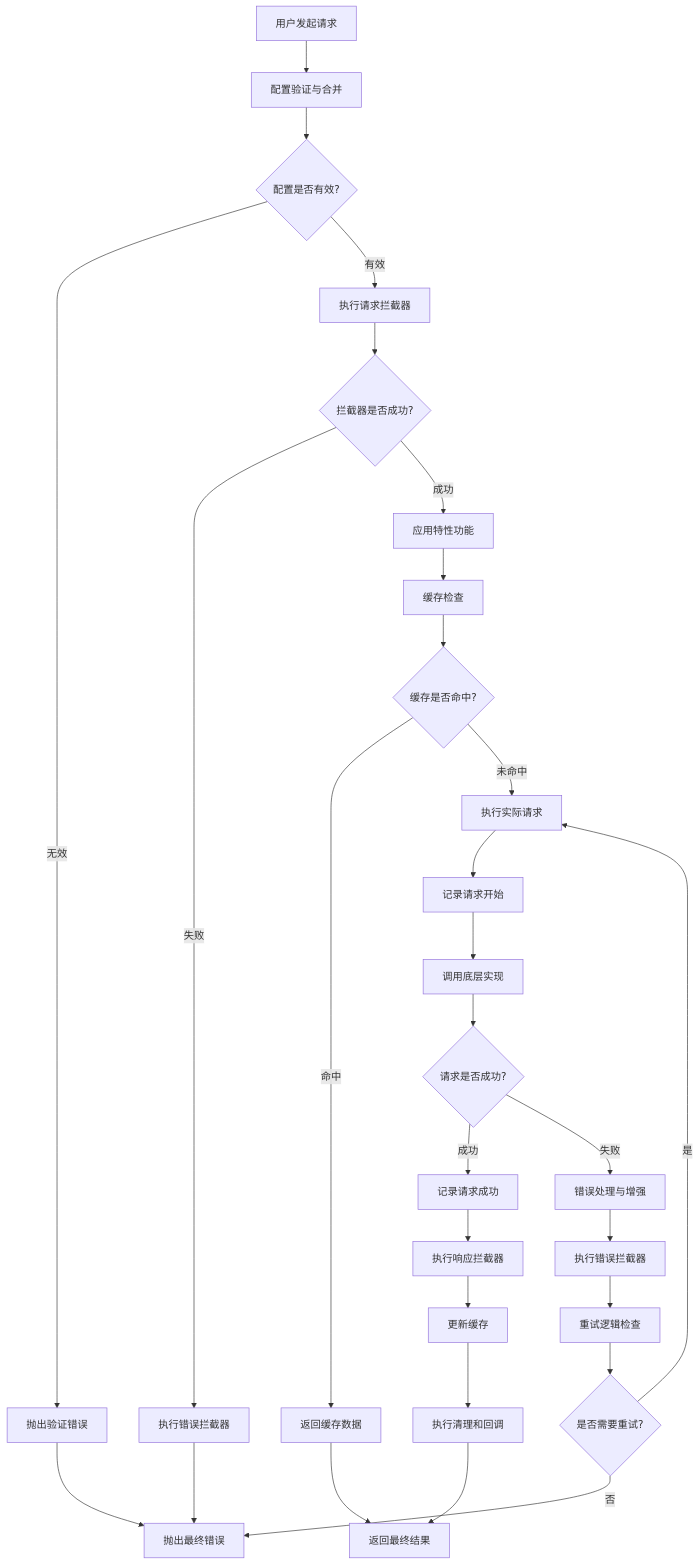
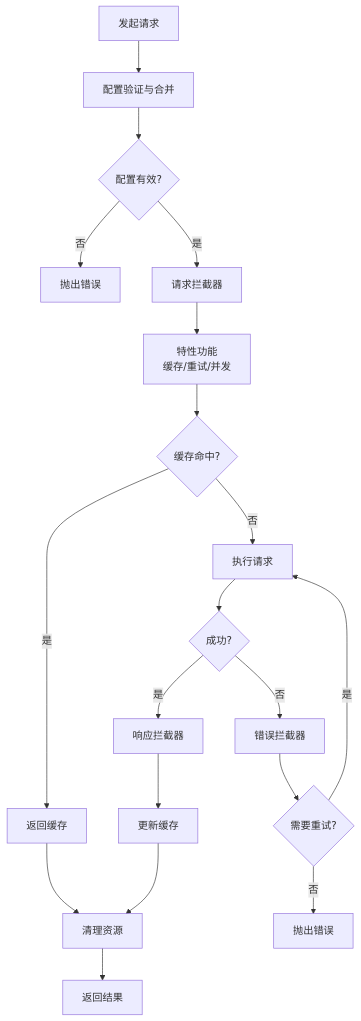
The first of 2 diagrams in docs/request-lib-docs/concepts/request-lifecycle.md (warmeaf/gh-request-lib), drawn with Mermaid before and after one commit. The commit also changed other lines of this file and 2 other files, not shown here.

````diff
--- a/docs/request-lib-docs/concepts/request-lifecycle.md
+++ b/docs/request-lib-docs/concepts/request-lifecycle.md
@@ -21,31 +19,21 @@
 ```mermaid
 flowchart TD
-    A[用户发起请求] --> B[配置验证与合并]
-    B --> C{配置是否有效?}
-    C -->|无效| D[抛出验证错误]
-    C -->|有效| E[执行请求拦截器]
-    E --> F{拦截器是否成功?}
-    F -->|失败| G[执行错误拦截器]
-    F -->|成功| H[应用特性功能]
-    H --> I[缓存检查]
-    I --> J{缓存是否命中?}
-    J -->|命中| K[返回缓存数据]
-    J -->|未命中| L[执行实际请求]
-    L --> M[记录请求开始]
-    M --> N[调用底层实现]
-    N --> O{请求是否成功?}
-    O -->|成功| P[记录请求成功]
-    O -->|失败| Q[错误处理与增强]
-    P --> R[执行响应拦截器]
-    Q --> S[执行错误拦截器]
-    R --> T[更新缓存]
-    S --> U[重试逻辑检查]
-    T --> V[执行清理和回调]
-    U --> W{是否需要重试?}
-    W -->|是| L
-    W -->|否| X[抛出最终错误]
-    V --> Y[返回最终结果]
-    K --> Y
-    G --> X
-    D --> X
+    A[发起请求] --> B[配置验证与合并]
+    B --> C{配置有效?}
+    C -->|否| D[抛出错误]
+    C -->|是| E[请求拦截器]
+    E --> F[特性功能<br/>缓存/重试/并发]
+    F --> G{缓存命中?}
+    G -->|是| H[返回缓存]
+    G -->|否| I[执行请求]
+    I --> J{成功?}
+    J -->|是| K[响应拦截器]
+    J -->|否| L[错误拦截器]
+    K --> M[更新缓存]
+    L --> N{需要重试?}
+    N -->|是| I
+    N -->|否| O[抛出错误]
+    M --> P[清理资源]
+    H --> P
+    P --> Q[返回结果]
 ```
````
